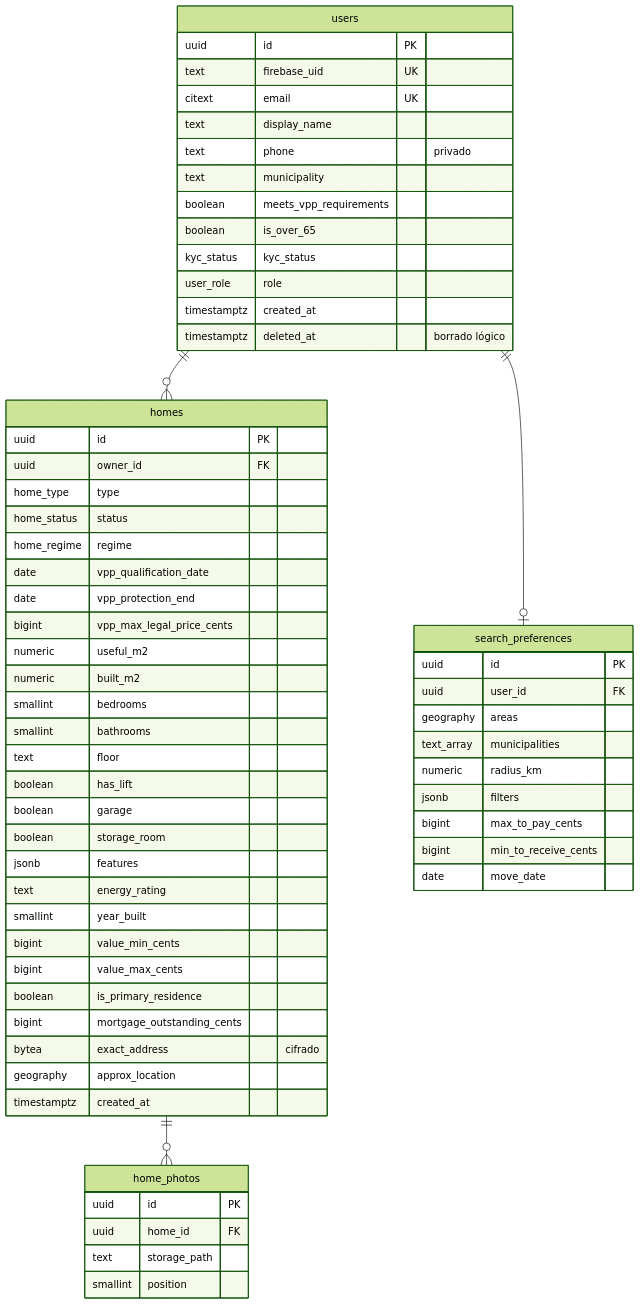
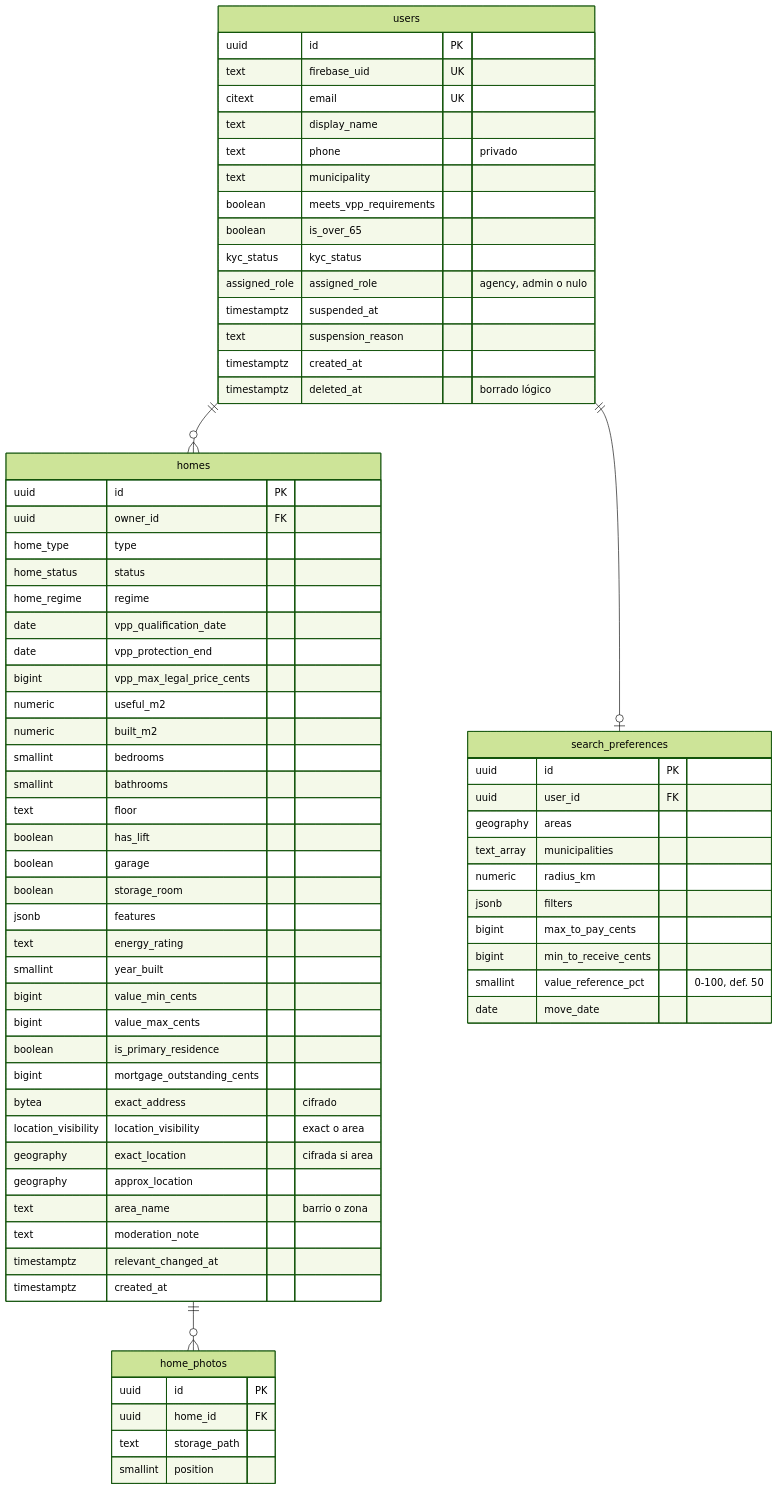
The second of 4 diagrams in docs/datamodel.md (lcasadov/ChangeHouse), drawn with Mermaid (forest theme) before and after one commit. The commit also changed other lines of this file and 11 other files, not shown here.

````diff
--- a/docs/datamodel.md
+++ b/docs/datamodel.md
@@ -41,65 +43,73 @@
 ```mermaid
 erDiagram
     users {
         uuid id PK
         text firebase_uid UK
         citext email UK
         text display_name
         text phone "privado"
         text municipality
         boolean meets_vpp_requirements
         boolean is_over_65
         kyc_status kyc_status
-        user_role role
+        assigned_role assigned_role "agency, admin o nulo"
+        timestamptz suspended_at
+        text suspension_reason
         timestamptz created_at
         timestamptz deleted_at "borrado lógico"
     }
     homes {
         uuid id PK
         uuid owner_id FK
         home_type type
         home_status status
         home_regime regime
         date vpp_qualification_date
         date vpp_protection_end
         bigint vpp_max_legal_price_cents
         numeric useful_m2
         numeric built_m2
         smallint bedrooms
         smallint bathrooms
         text floor
         boolean has_lift
         boolean garage
         boolean storage_room
         jsonb features
         text energy_rating
         smallint year_built
         bigint value_min_cents
         bigint value_max_cents
         boolean is_primary_residence
         bigint mortgage_outstanding_cents
         bytea exact_address "cifrado"
+        location_visibility location_visibility "exact o area"
+        geography exact_location "cifrada si area"
         geography approx_location
+        text area_name "barrio o zona"
+        text moderation_note
+        timestamptz relevant_changed_at
         timestamptz created_at
     }
     home_photos {
         uuid id PK
         uuid home_id FK
         text storage_path
         smallint position
     }
     search_preferences {
         uuid id PK
         uuid user_id FK
         geography areas
         text_array municipalities
         numeric radius_km
         jsonb filters
         bigint max_to_pay_cents
         bigint min_to_receive_cents
+        smallint value_reference_pct "0-100, def. 50"
         date move_date
     }
     users ||--o{ homes : ""
     homes ||--o{ home_photos : ""
     users ||--o| search_preferences : ""
 ```
````
